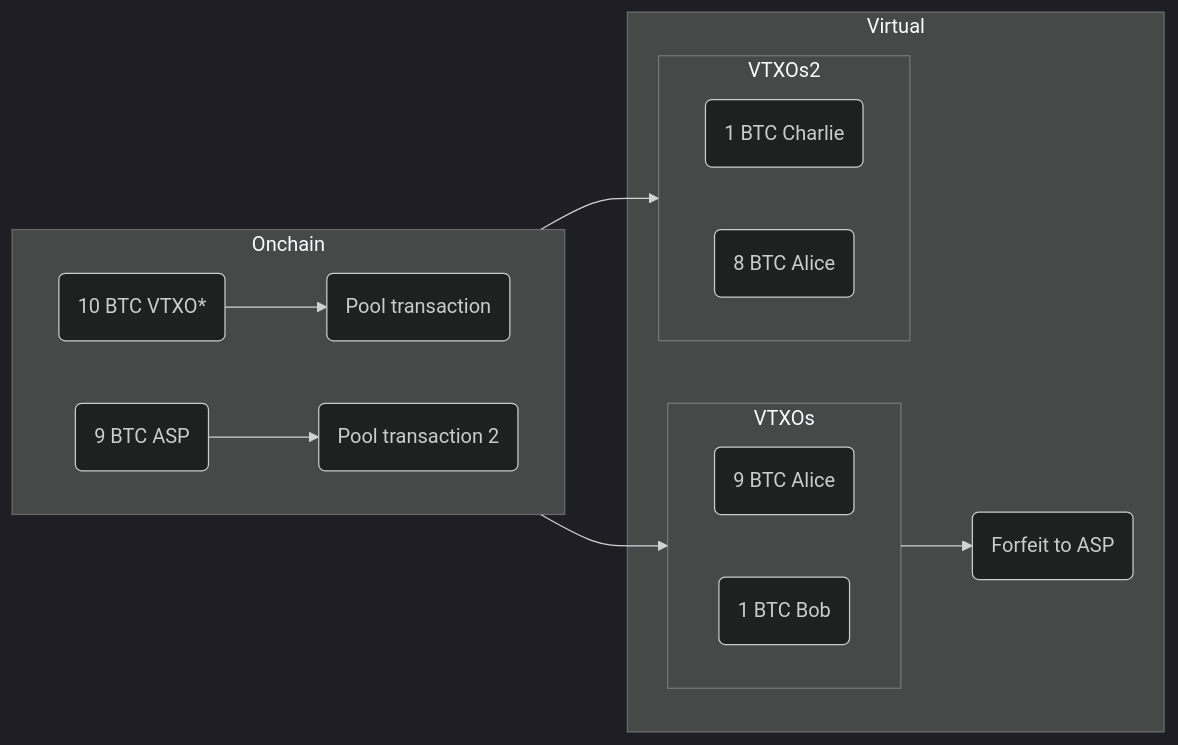
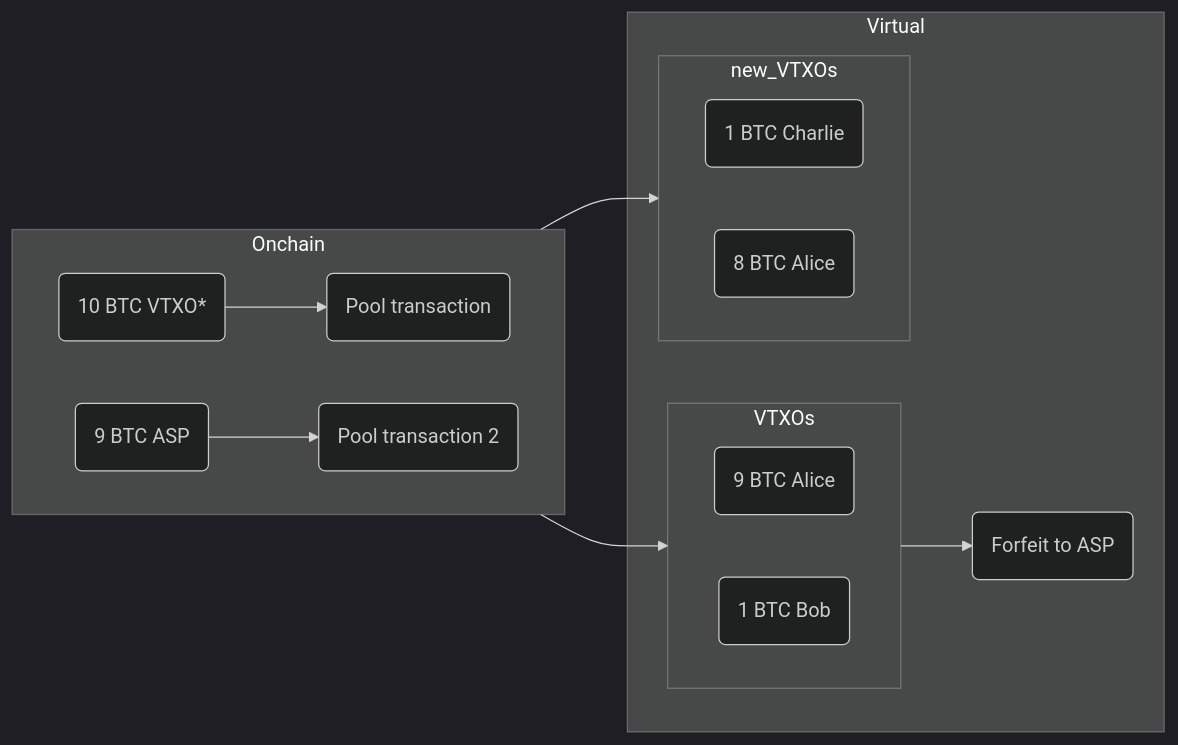
The third of 4 diagrams in website/blog/2023-12-14-liquidity-requirements/index.md (ark-network/ark), drawn with Mermaid (dark theme) before and after one commit. The commit also changed other lines of this file, not shown here.

````diff
--- a/website/blog/2023-12-14-liquidity-requirements/index.md
+++ b/website/blog/2023-12-14-liquidity-requirements/index.md
@@ -68,28 +72,28 @@
 ```mermaid
 flowchart LR
   subgraph Onchain
     direction LR
     vtxo(10 BTC VTXO*)
     pool(Pool transaction)
     vtxo --> pool
     ASP(9 BTC ASP)
     pool2(Pool transaction 2)
     ASP --> pool2
   end
   subgraph Virtual
     subgraph VTXOs
       direction LR
       change(9 BTC Alice)
       bob(1 BTC Bob)
     end
-    subgraph VTXOs2
+    subgraph new_VTXOs
       direction LR
       charlie(1 BTC Charlie)
       change2(8 BTC Alice)
     end
     forfeit(Forfeit to ASP)
     change --> forfeit
   end
   pool --> VTXOs
-  pool2 --> VTXOs2
+  pool2 --> new_VTXOs
 ```
````
